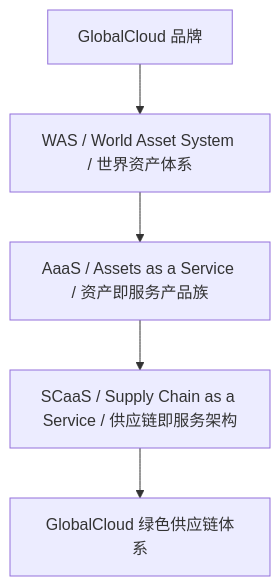
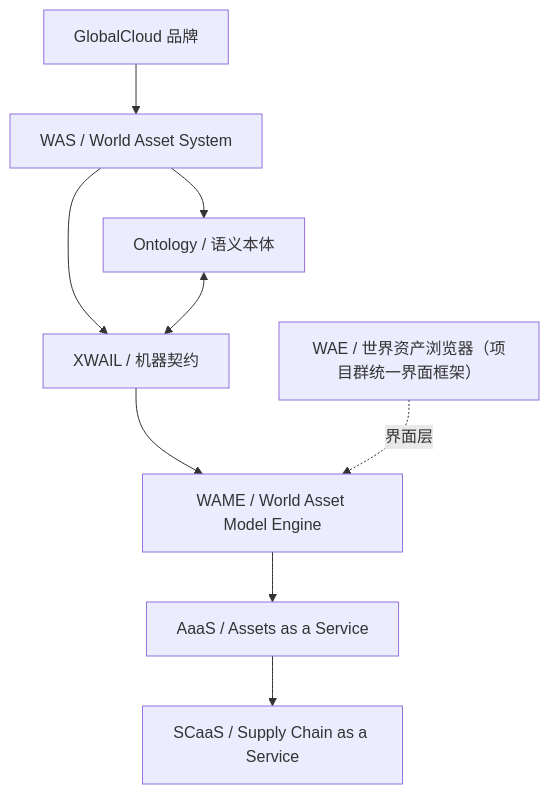
The diagram in .kds/development-space/开发/90-跨项目架构/01-architecture/GlobalCloud世界资产体系正式命名与产品系统架构总纲.md (Jiumilu/GCGPCF), drawn with Mermaid before and after one commit. The commit also changed other lines of this file and 3545 other files, not shown here.

````diff
--- a/.kds/development-space/开发/90-跨项目架构/01-architecture/GlobalCloud世界资产体系正式命名与产品系统架构总纲.md
+++ b/.kds/development-space/开发/90-跨项目架构/01-architecture/GlobalCloud世界资产体系正式命名与产品系统架构总纲.md
@@ -71,7 +60,11 @@
 ```mermaid
 flowchart TD
-  Brand["GlobalCloud 品牌"] --> WAS["WAS / World Asset System / 世界资产体系"]
-  WAS --> AAAS["AaaS / Assets as a Service / 资产即服务产品族"]
-  AAAS --> SCAAS["SCaaS / Supply Chain as a Service / 供应链即服务架构"]
-  SCAAS --> GGSCS["GlobalCloud 绿色供应链体系"]
+  Brand["GlobalCloud 品牌"] --> WAS["WAS / World Asset System"]
+  WAS --> Ontology["Ontology / 语义本体"]
+  WAS --> XWAIL["XWAIL / 机器契约"]
+  Ontology <--> XWAIL
+  XWAIL --> WAME["WAME / World Asset Model Engine"]
+  WAME --> AAAS["AaaS / Assets as a Service"]
+  AAAS --> SCAAS["SCaaS / Supply Chain as a Service"]
+  WAE["WAE / 世界资产浏览器（项目群统一界面框架）"] -. 界面层 .-> WAME
 ```
````
